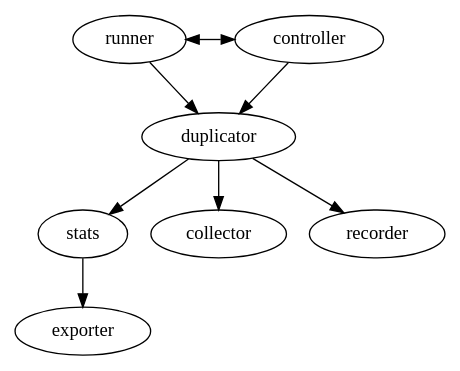
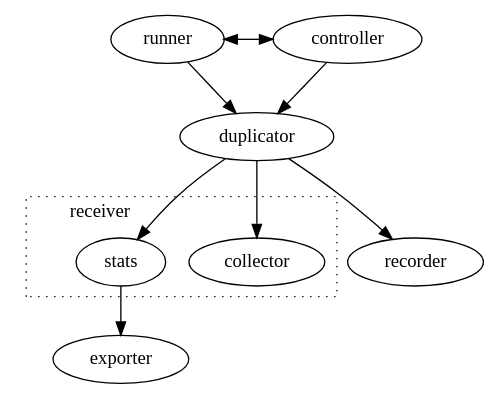
The diagram in docs/design-deployment.rst (sky-uk/mite), drawn with Graphviz before and after one commit. The commit also changed other lines of this file and 2 other files, not shown here.

Commit message:
Add receiver component to docs (#147)
* Add receiver to docs/components

* Add receiver to docs/design-deployment

* Run isort only on py files

```diff
--- a/docs/design-deployment.rst
+++ b/docs/design-deployment.rst
@@ -37,19 +38,27 @@
 .. graphviz::
 
    digraph architecture {
 
    runner -> duplicator;
    controller -> duplicator;
    duplicator -> stats;
    duplicator -> collector;
    duplicator -> recorder;
    stats -> exporter;
 
+   subgraph cluster_receiver {
+     graph[style=dotted];
+     node [style=filled];
+     stats collector;
+     label = "receiver                                   ";
+     color=black;
+   }
+
    subgraph rc {
      rank="same"
      runner
      controller
      runner -> controller [dir=both, label = "    "];
    }
 
    }
```
